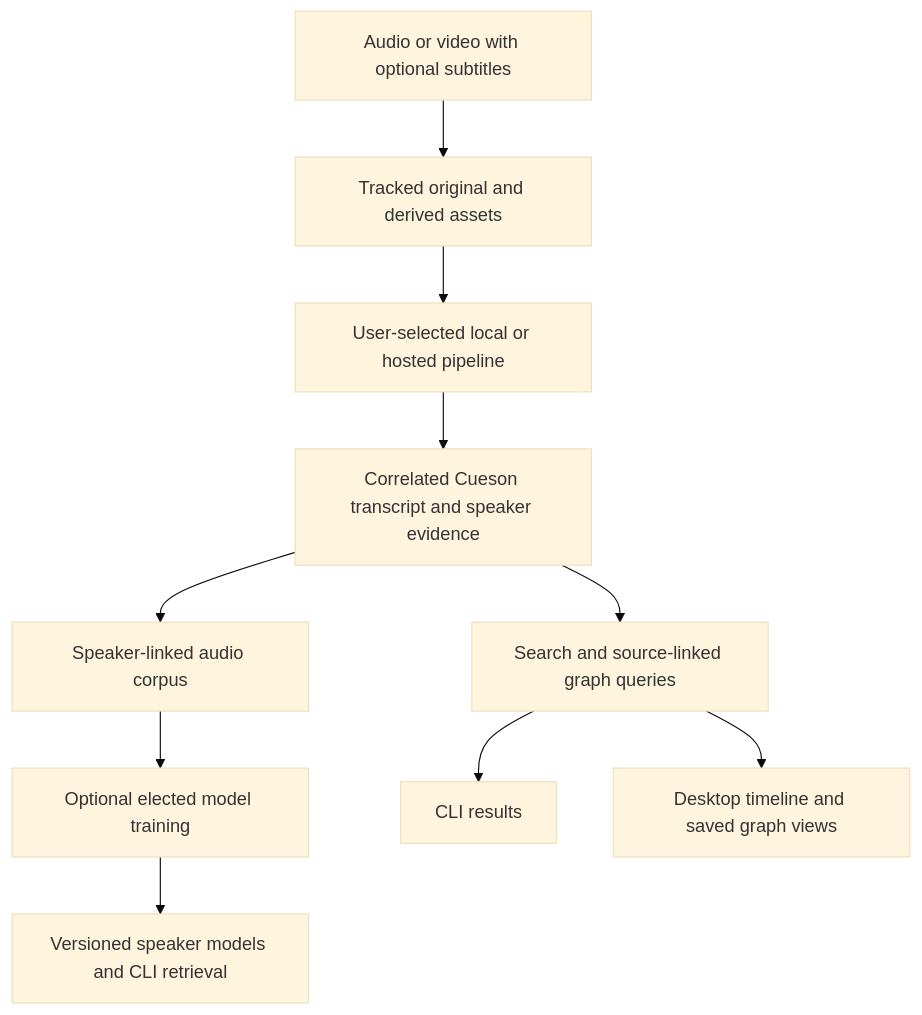
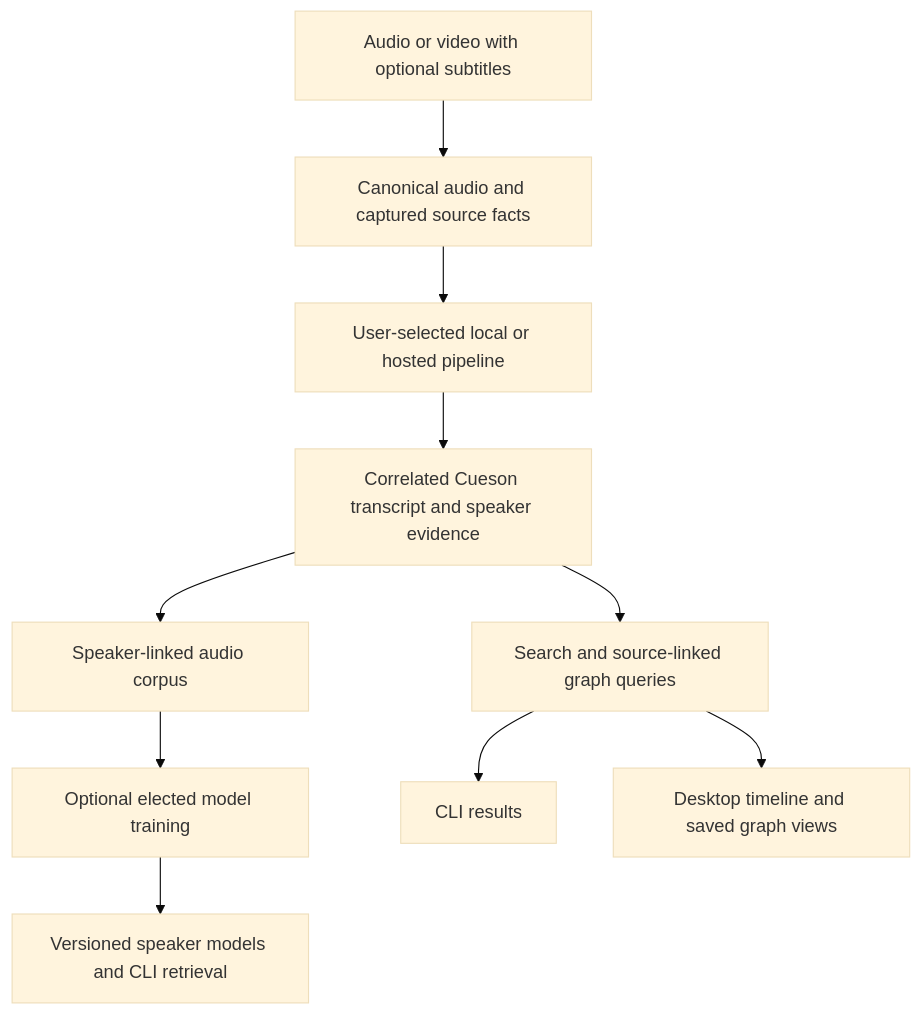
One commit to shruggietech/insonic changed the diagram in docs/v0.0.0/index.md. Above: the diagram before and after it, drawn with Mermaid (base theme). The commit also changed 73 other files, not shown here.

````diff
--- a/docs/v0.0.0/index.md
+++ b/docs/v0.0.0/index.md
@@ -20,12 +20,12 @@
 ```mermaid
 flowchart TB
-  Import[Audio or video with optional subtitles] --> Library[Tracked original and derived assets]
+  Import[Audio or video with optional subtitles] --> Library[Canonical audio and captured source facts]
   Library --> Pipeline[User-selected local or hosted pipeline]
   Pipeline --> Cues[Correlated Cueson transcript and speaker evidence]
   Cues --> Query[Search and source-linked graph queries]
   Cues --> Corpus[Speaker-linked audio corpus]
   Corpus --> Training[Optional elected model training]
   Training --> Models[Versioned speaker models and CLI retrieval]
   Query --> CLI[CLI results]
   Query --> GUI[Desktop timeline and saved graph views]
 ```
````
